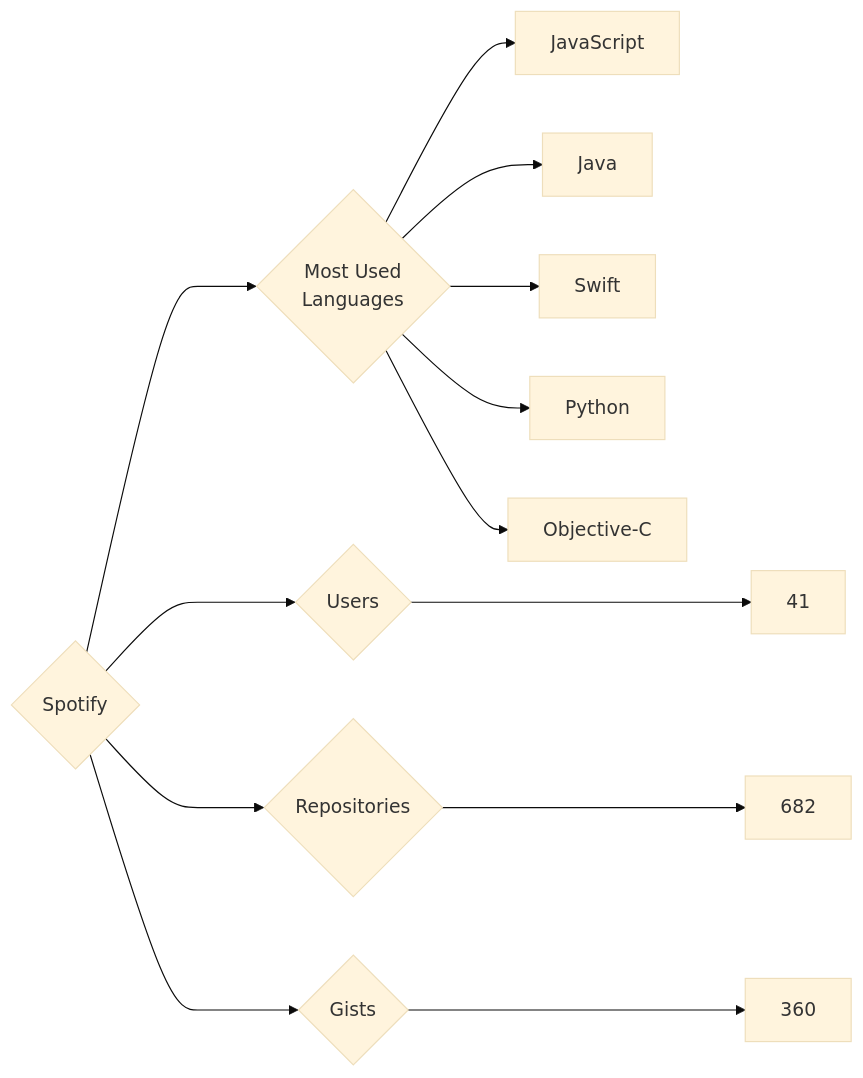
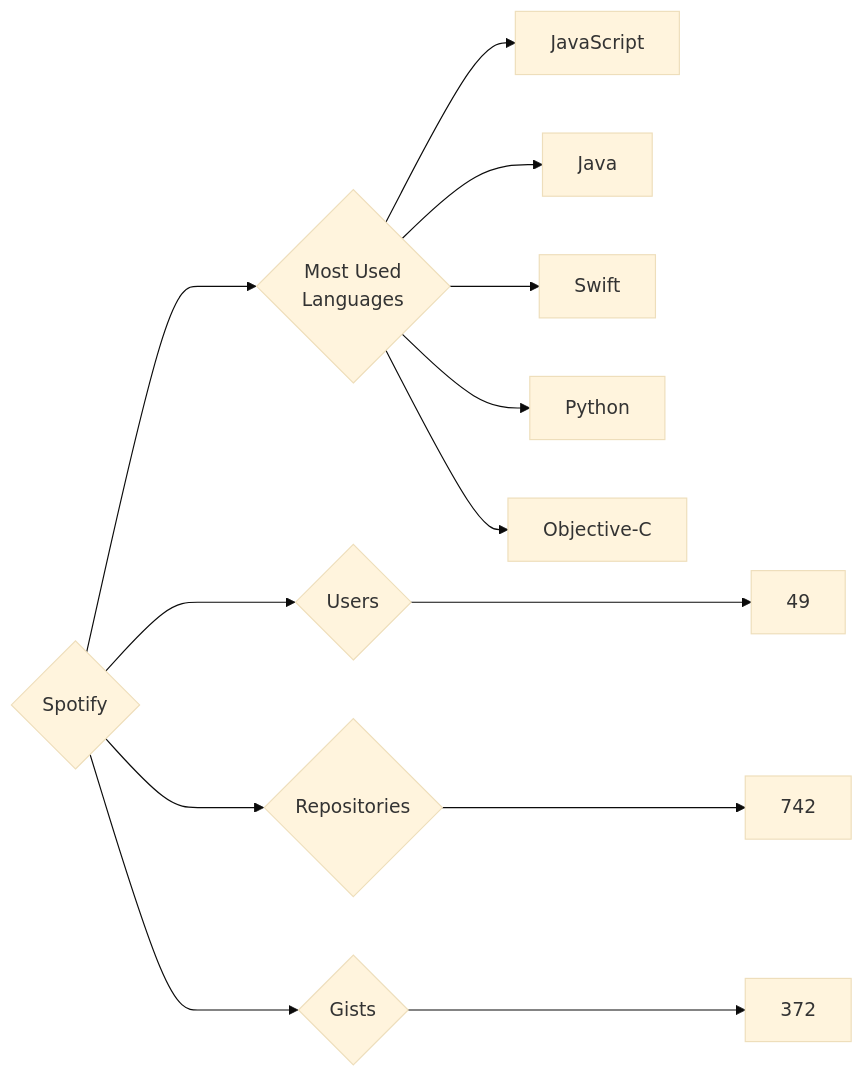
One commit to trickest/insiders changed the diagram in targets/Spotify/README.md. Above: the diagram before and after it, drawn with Mermaid (base theme). The commit also changed 765 other files, not shown here.

````diff
--- a/targets/Spotify/README.md
+++ b/targets/Spotify/README.md
@@ -3,13 +3,13 @@
 ```mermaid
 graph LR
 COMPANY_NAME{Spotify}
-COMPANY_NAME ---> U{Users} ---> UN[41]
-COMPANY_NAME ---> R{Repositories} ---> RN[682]
-COMPANY_NAME ---> G{Gists} ---> GN[360]
+COMPANY_NAME ---> U{Users} ---> UN[49]
+COMPANY_NAME ---> R{Repositories} ---> RN[742]
+COMPANY_NAME ---> G{Gists} ---> GN[372]
 COMPANY_NAME ---> ML{Most Used<br>Languages}
 ML --> JavaScript[JavaScript]
 ML --> Java[Java]
 ML --> Swift[Swift]
 ML --> Python[Python]
 ML --> Objective-C[Objective-C]
 ```
````
